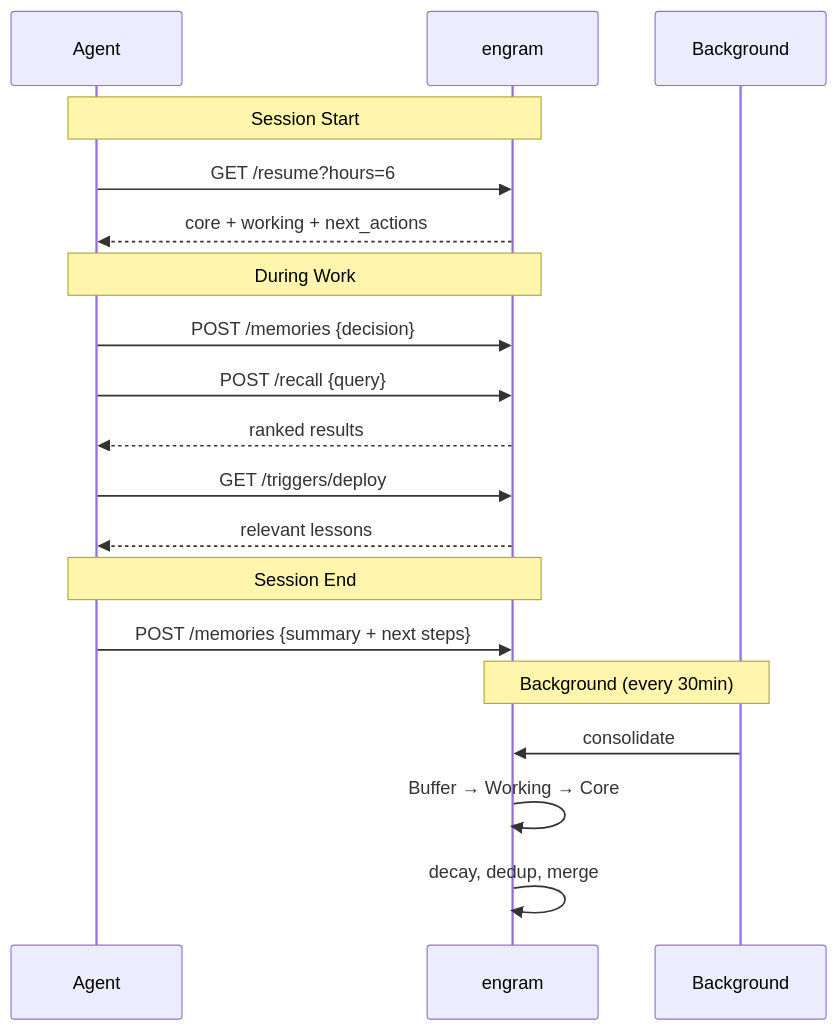
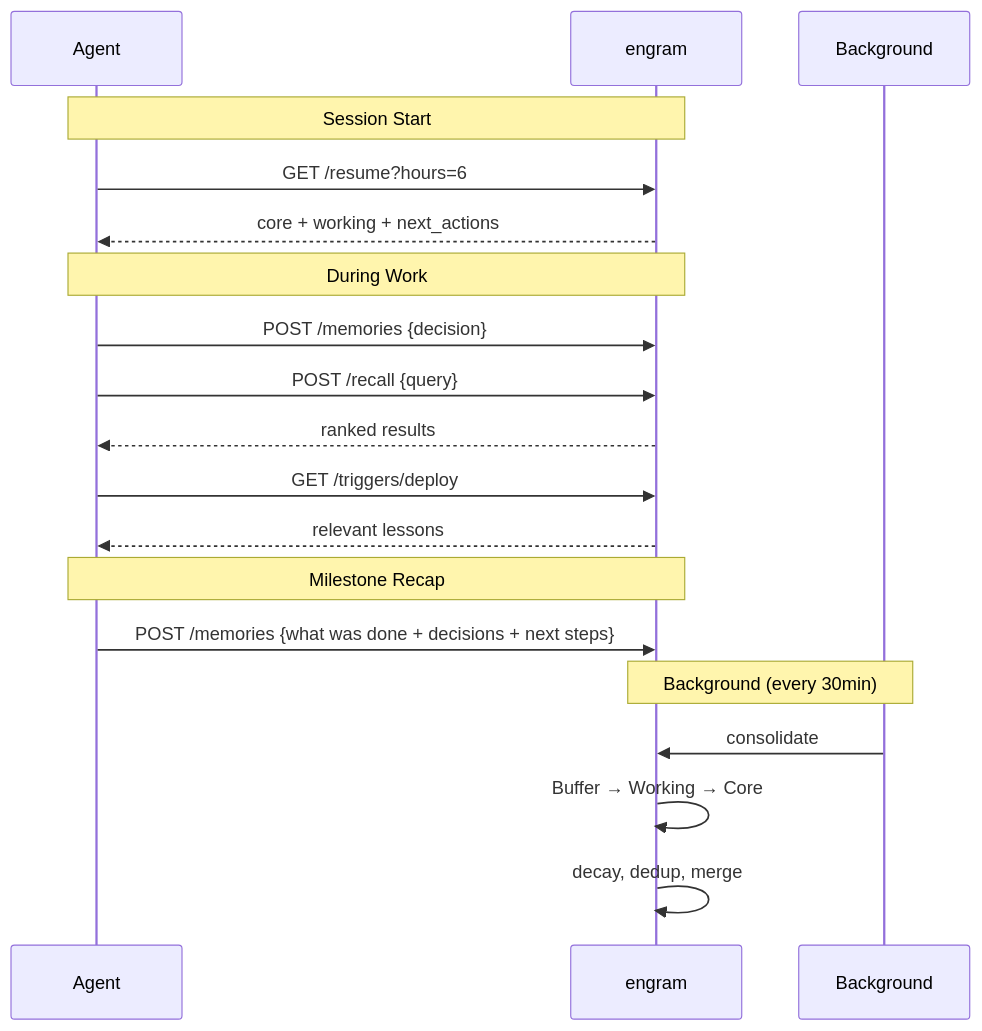
One commit to kael-bit/engram-rs changed the diagram in README.md. Above: the diagram before and after it, drawn with Mermaid. The commit also changed other lines of this file, not shown here.

Commit message:
docs: restructure prompt templates for better LLM compliance
- Section headers now include tool names (Tool: engram_store)
- Added Memory Reinforcement section (breaks LLM dedup instinct)
- Session End → Milestone Recap (sessions end unpredictably)
- Recall constraint strengthened to MUST
- Trigger naming convention: kebab-case-verb with examples
- README: Working layer describes math routing, reinforcement explained
- README: sequence diagram updated to Milestone Recap

````diff
--- a/README.md
+++ b/README.md
@@ -22,25 +22,25 @@
 ```mermaid
 sequenceDiagram
     participant A as Agent
     participant E as engram
     participant LLM as Background
 
     Note over A,E: Session Start
     A->>E: GET /resume?hours=6
     E-->>A: core + working + next_actions
 
     Note over A,E: During Work
     A->>E: POST /memories {decision}
     A->>E: POST /recall {query}
     E-->>A: ranked results
     A->>E: GET /triggers/deploy
     E-->>A: relevant lessons
 
-    Note over A,E: Session End
-    A->>E: POST /memories {summary + next steps}
+    Note over A,E: Milestone Recap
+    A->>E: POST /memories {what was done + decisions + next steps}
 
     Note over E,LLM: Background (every 30min)
     LLM->>E: consolidate
     E->>E: Buffer → Working → Core
     E->>E: decay, dedup, merge
 ```
````
